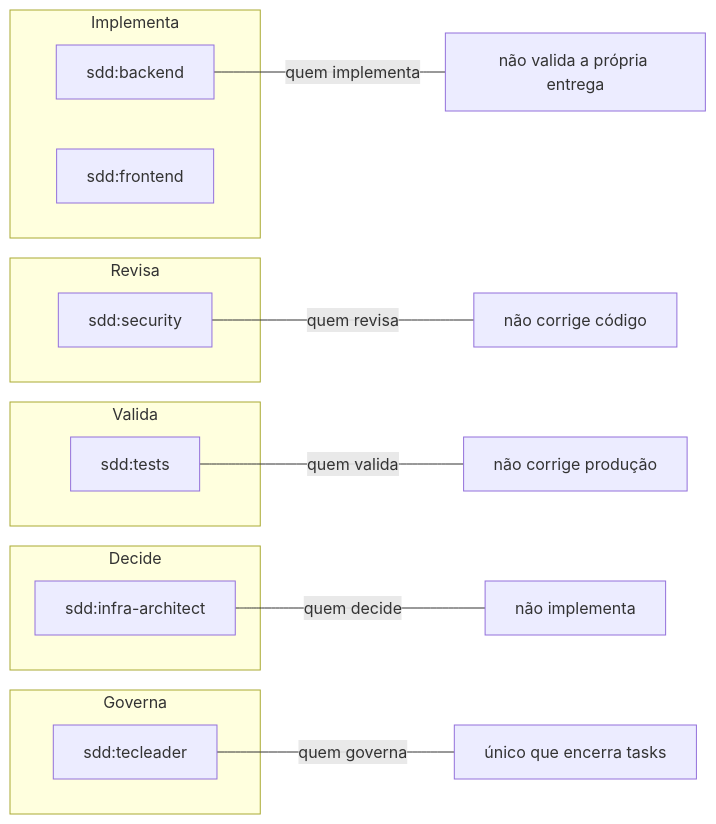
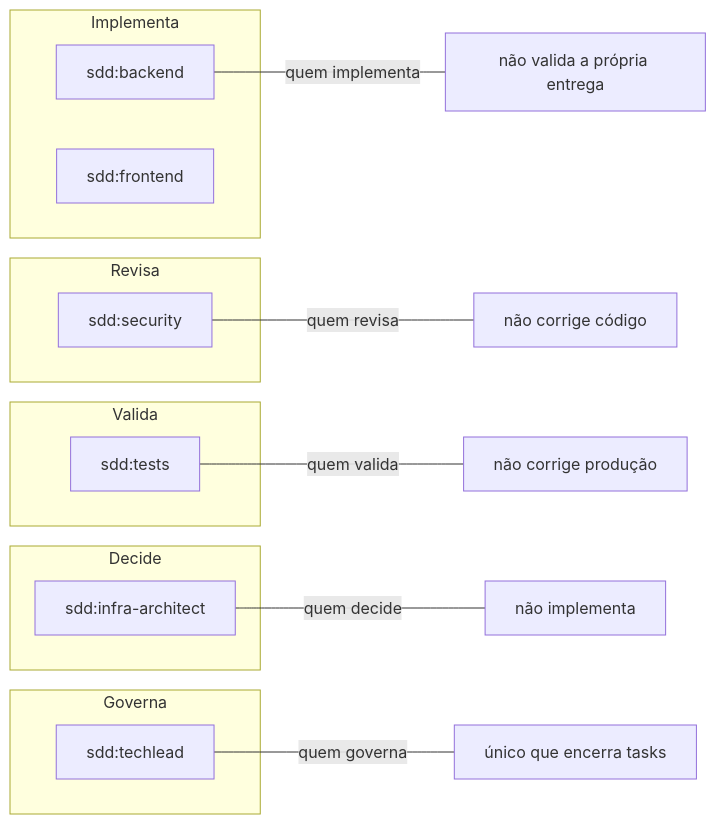
The fifth of 9 diagrams in docs/arquitetura.md (powerlok/claude-sdd-framework), drawn with Mermaid before and after one commit. The commit also changed other lines of this file and 37 other files, not shown here.

First line of the commit message:
sdd 0.8.0: renomear o agente sdd:tecleader para sdd:techlead (mudança incompatível)

````diff
--- a/docs/arquitetura.md
+++ b/docs/arquitetura.md
@@ -208,25 +208,25 @@
 ```mermaid
 flowchart LR
     subgraph Implementa
         BE[sdd:backend]
         FE[sdd:frontend]
     end
     subgraph Revisa
         SC[sdd:security]
     end
     subgraph Valida
         TS[sdd:tests]
     end
     subgraph Decide
         IA[sdd:infra-architect]
     end
     subgraph Governa
-        TL[sdd:tecleader]
+        TL[sdd:techlead]
     end
 
     BE ---|"quem implementa"| X1[não valida a própria entrega]
     SC ---|"quem revisa"| X5[não corrige código]
     TS ---|"quem valida"| X2[não corrige produção]
     IA ---|"quem decide"| X3[não implementa]
     TL ---|"quem governa"| X4[único que encerra tasks]
 ```
````
